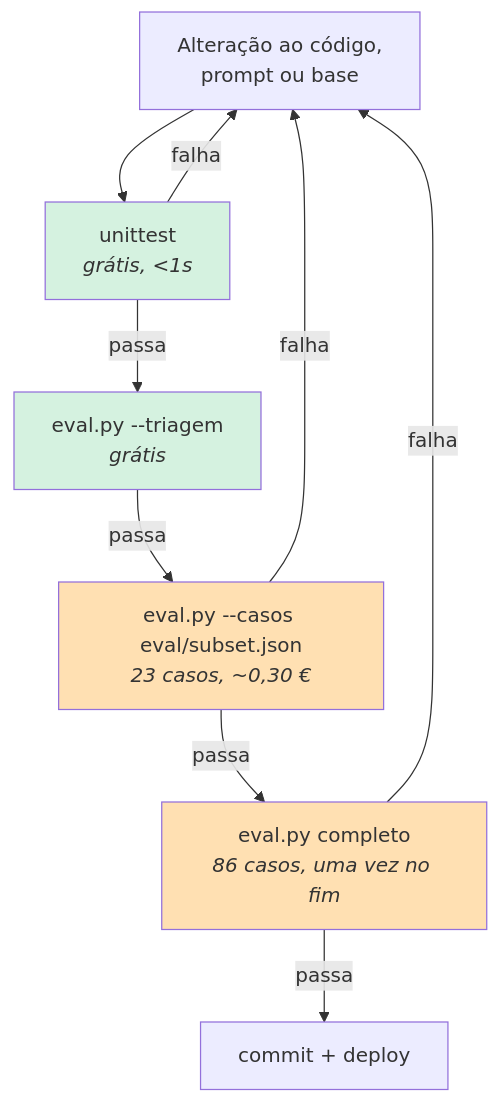
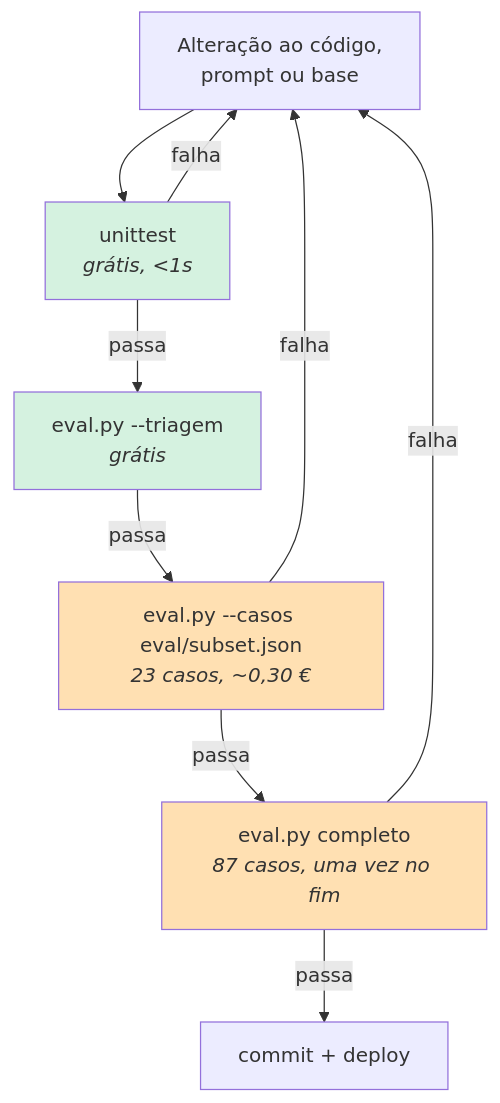
One commit to joaocarvalhini/Outlook-Reply-Assistant changed the third of 3 diagrams in docs/05-reliability/qa.md. Above: the diagram before and after it, drawn with Mermaid. The commit also changed other lines of this file and 8 other files, not shown here.

````diff
--- a/docs/05-reliability/qa.md
+++ b/docs/05-reliability/qa.md
@@ -153,16 +153,16 @@
 ```mermaid
 flowchart TD
     A["Alteração ao código,<br/>prompt ou base"] --> B["unittest<br/><i>grátis, &lt;1s</i>"]
     B -->|passa| C["eval.py --triagem<br/><i>grátis</i>"]
     B -->|falha| A
     C -->|passa| D["eval.py --casos eval/subset.json<br/><i>23 casos, ~0,30 €</i>"]
-    D -->|passa| E["eval.py completo<br/><i>86 casos, uma vez no fim</i>"]
+    D -->|passa| E["eval.py completo<br/><i>87 casos, uma vez no fim</i>"]
     D -->|falha| A
     E -->|passa| F["commit + deploy"]
     E -->|falha| A
 
     style B fill:#d5f2e0
     style C fill:#d5f2e0
     style D fill:#ffe0b2
     style E fill:#ffe0b2
 ```
````
